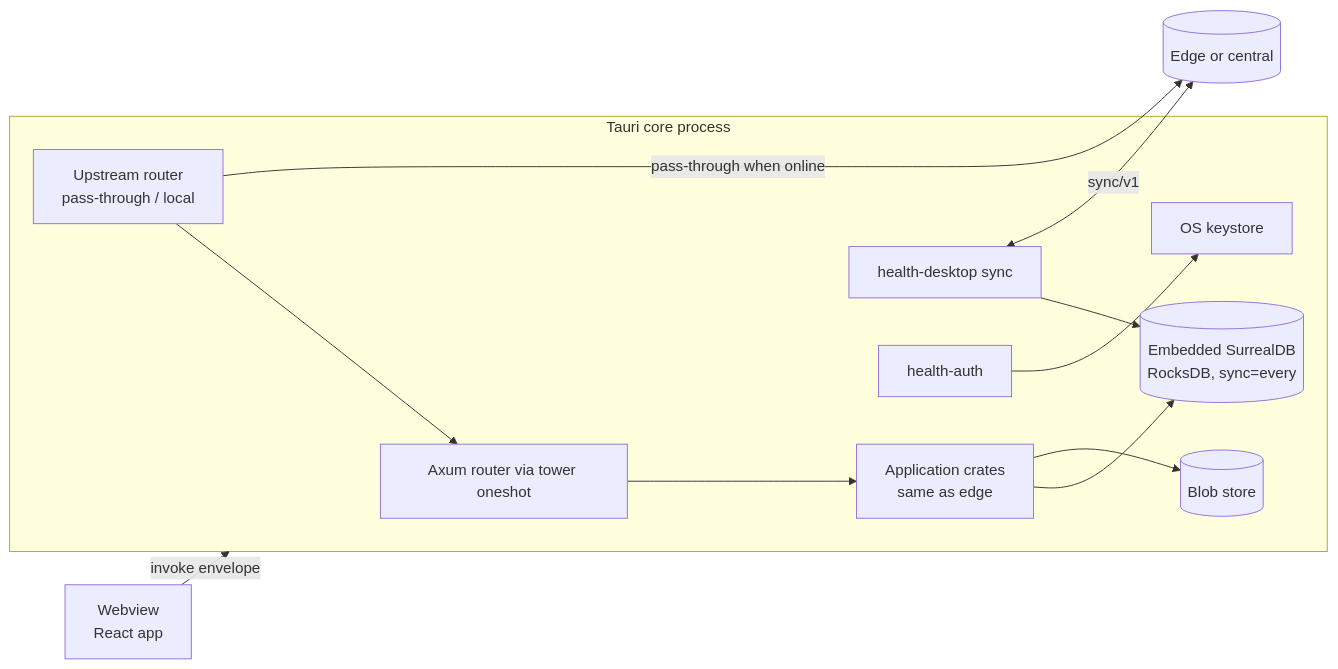
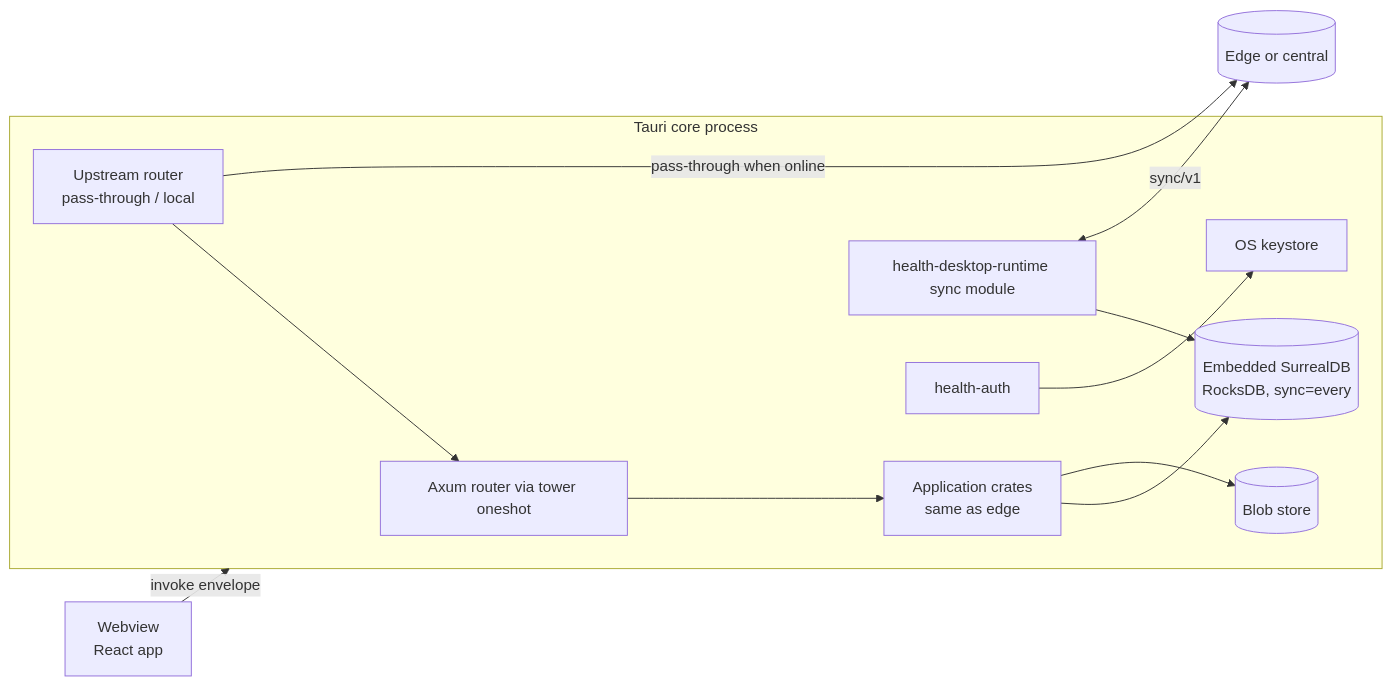
Before and after one commit to carapai/people-centered-healthcare: the first of 2 diagrams in docs/architecture/desktop-client.md, drawn with Mermaid. The commit also changed 32 other files, not shown here.

````diff
--- a/docs/architecture/desktop-client.md
+++ b/docs/architecture/desktop-client.md
@@ -26,14 +26,14 @@
 ```mermaid
 flowchart LR
   W[Webview<br/>React app] -- invoke envelope --> CORE
   subgraph CORE [Tauri core process]
     R[Axum router via tower oneshot] --> APP[Application crates<br/>same as edge]
     APP --> DB[(Embedded SurrealDB<br/>RocksDB, sync=every)]
     APP --> BL[(Blob store)]
-    SY[health-desktop sync] --> DB
+    SY[health-desktop-runtime sync module] --> DB
     AU[health-auth] --> KS[OS keystore]
     FO[Upstream router<br/>pass-through / local] --> R
   end
   SY <-- sync/v1 --> UP[(Edge or central)]
   FO -- pass-through when online --> UP
 ```
````
